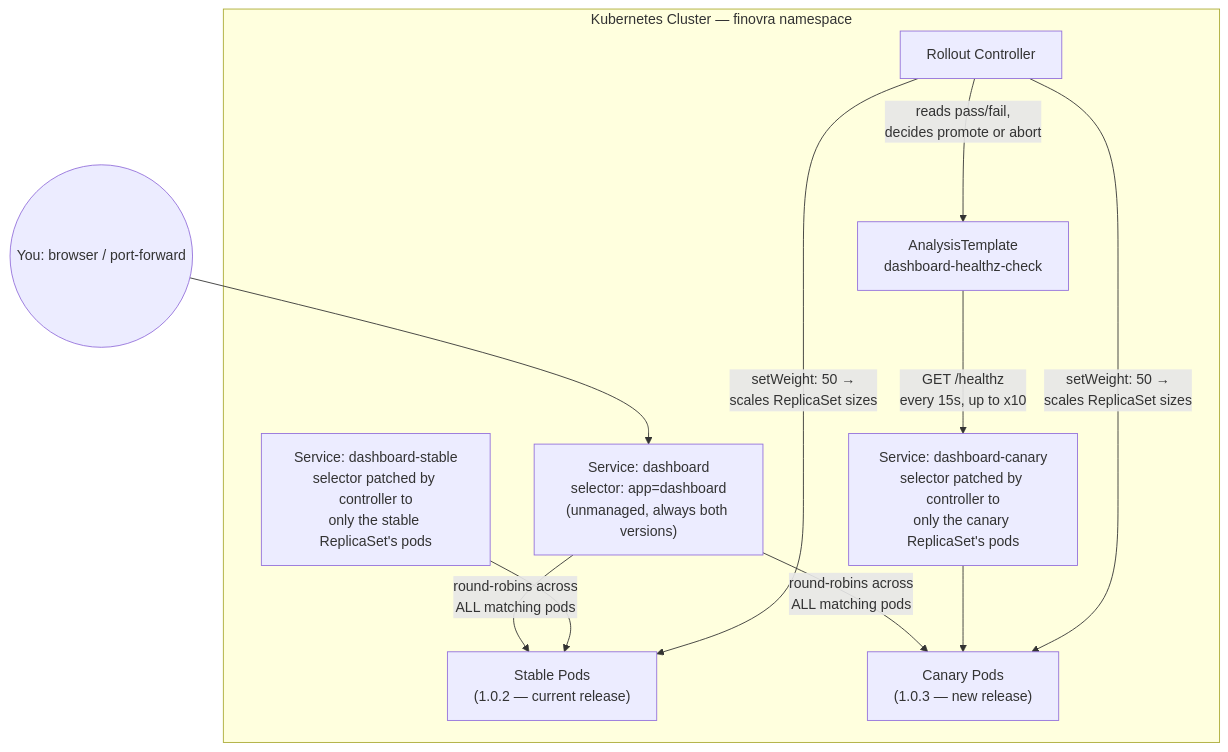
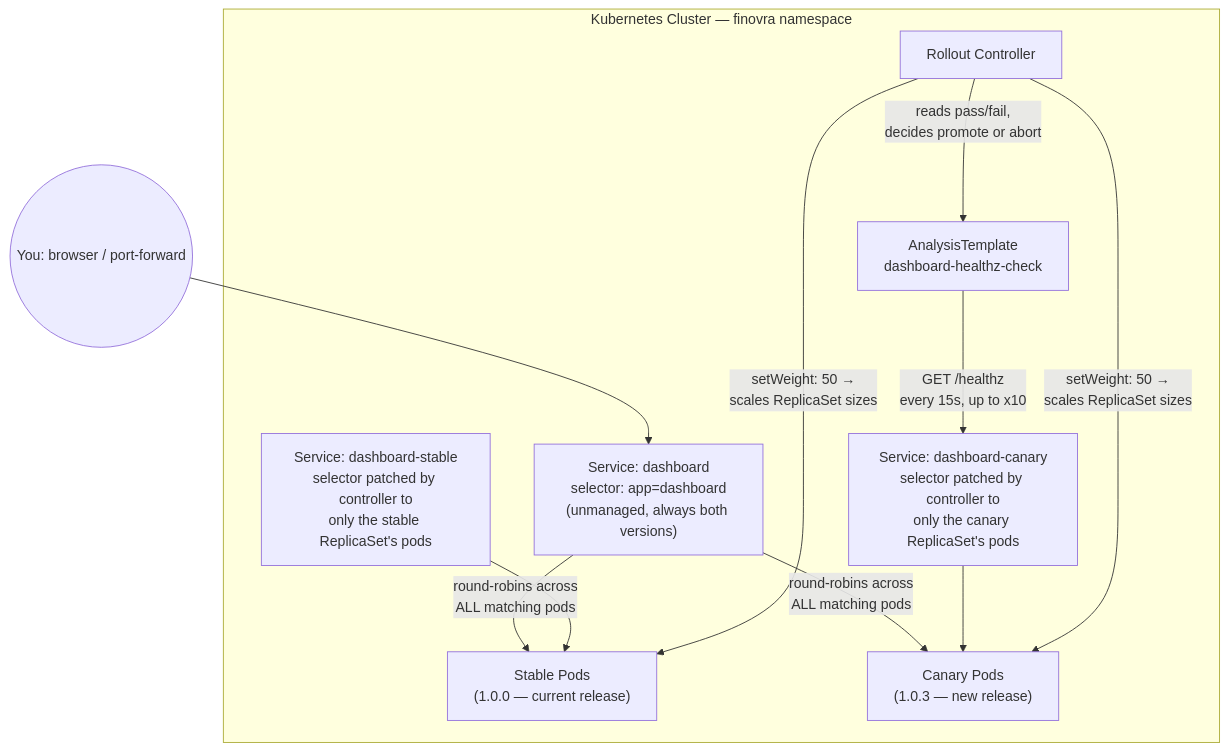
One commit to finovra-app/documents changed the diagram in modules/module-06-progressive-delivery-with-argo-rollouts.md. Above: the diagram before and after it, drawn with Mermaid. The commit also changed other lines of this file, not shown here.

````diff
--- a/modules/module-06-progressive-delivery-with-argo-rollouts.md
+++ b/modules/module-06-progressive-delivery-with-argo-rollouts.md
@@ -174,25 +180,25 @@
 ```mermaid
 flowchart TB
     User((You: browser / port-forward)) --> DashSvc
 
     subgraph Cluster["Kubernetes Cluster — finovra namespace"]
         DashSvc["Service: dashboard\nselector: app=dashboard\n(unmanaged, always both versions)"]
         CanarySvc["Service: dashboard-canary\nselector patched by controller to\nonly the canary ReplicaSet's pods"]
         StableSvc["Service: dashboard-stable\nselector patched by controller to\nonly the stable ReplicaSet's pods"]
 
-        StablePods["Stable Pods\n(1.0.2 — current release)"]
+        StablePods["Stable Pods\n(1.0.0 — current release)"]
         CanaryPods["Canary Pods\n(1.0.3 — new release)"]
 
         DashSvc -- "round-robins across\nALL matching pods" --> StablePods
         DashSvc -- "round-robins across\nALL matching pods" --> CanaryPods
 
         StableSvc --> StablePods
         CanarySvc --> CanaryPods
 
         RC["Rollout Controller"] -- "setWeight: 50 →\nscales ReplicaSet sizes" --> StablePods
         RC -- "setWeight: 50 →\nscales ReplicaSet sizes" --> CanaryPods
         RC -- "reads pass/fail,\ndecides promote or abort" --> Analysis
 
         Analysis["AnalysisTemplate\ndashboard-healthz-check"] -- "GET /healthz\nevery 15s, up to x10" --> CanarySvc
     end
 ```
````
